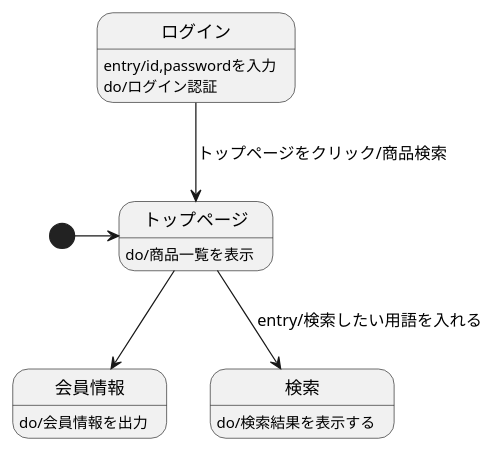
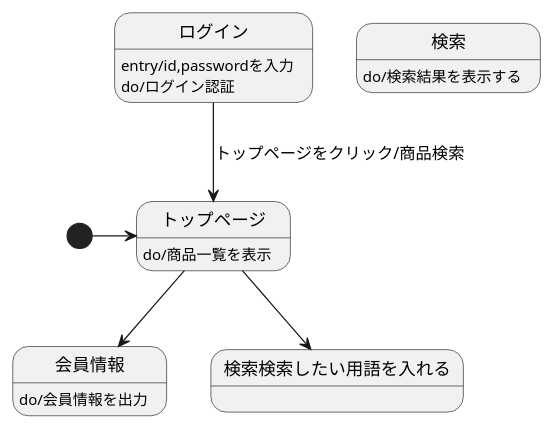
The diagram in 画面遷移図(original).md (Aso2001224/2021sys-design), drawn with PlantUML before and after one commit.

````diff
--- a/画面遷移図(original).md
+++ b/画面遷移図(original).md
@@ -1,13 +1,13 @@
 ```uml
 @startuml
 [*]->トップページ
 トップページ:do/商品一覧を表示
 ログイン-->トップページ:トップページをクリック/商品検索
 ログイン:entry/id,passwordを入力
 ログイン:do/ログイン認証
 トップページ-->会員情報
 会員情報:do/会員情報を出力
-トップページ-->検索:entry/検索したい用語を入れる
+トップページ-->検索検索したい用語を入れる
 検索:do/検索結果を表示する
 @enduml
 ```
````
